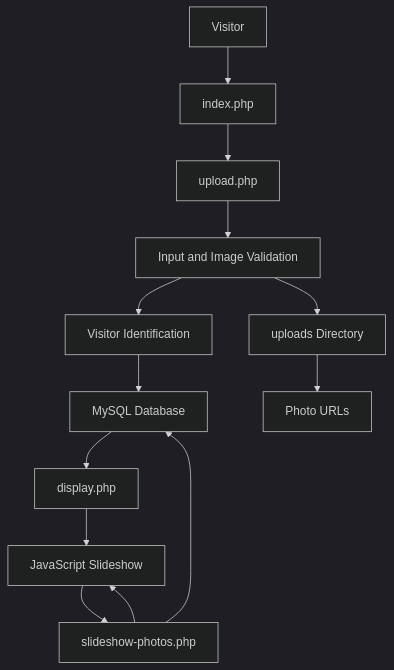
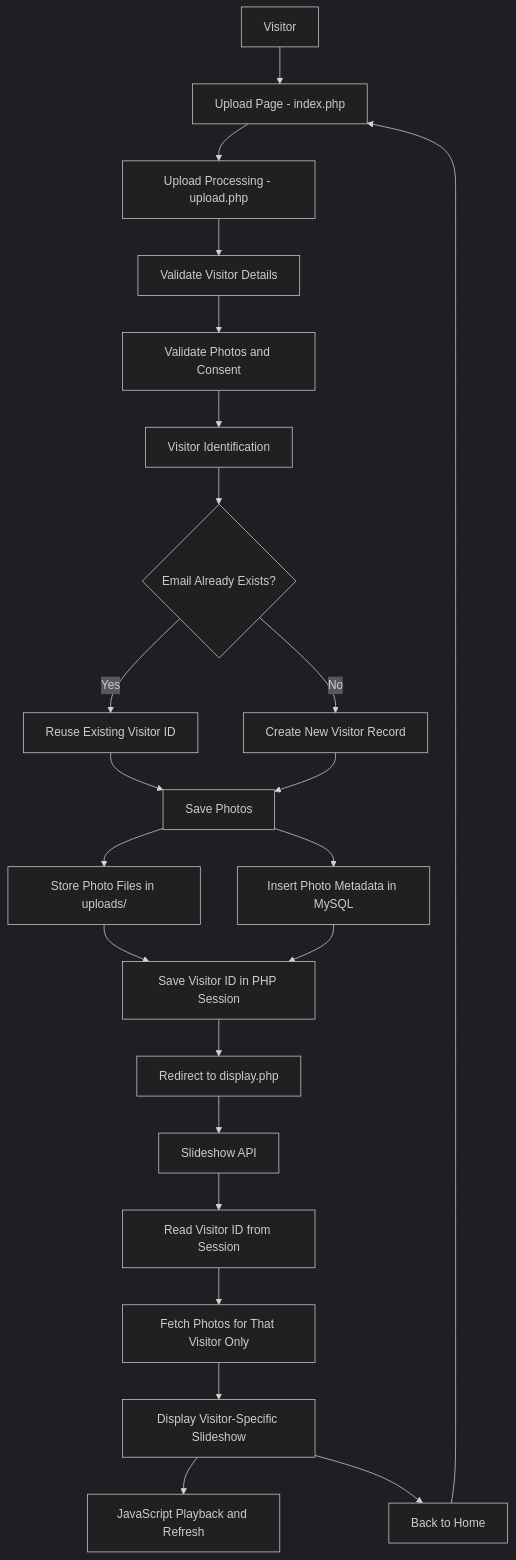
The first of 2 diagrams in ARCHITECTURE.md (pareshmunjani/visitor-photo-slideshow), drawn with Mermaid (dark theme) before and after one commit. The commit also changed other lines of this file and 4 other files, not shown here.

````diff
--- a/ARCHITECTURE.md
+++ b/ARCHITECTURE.md
@@ -58,15 +41,34 @@
 ```mermaid
 flowchart TD
-    A[Visitor] --> B[index.php]
-    B --> C[upload.php]
-    C --> D[Input and Image Validation]
-    D --> E[Visitor Identification]
-    E --> F[MySQL Database]
-    D --> G[uploads Directory]
-    F --> H[display.php]
-    G --> I[Photo URLs]
-    H --> J[JavaScript Slideshow]
-    J --> K[slideshow-photos.php]
-    K --> F
-    K --> J
+    A[Visitor] --> B[Upload Page - index.php]
+    B --> C[Upload Processing - upload.php]
+
+    C --> D[Validate Visitor Details]
+    D --> E[Validate Photos and Consent]
+
+    E --> F[Visitor Identification]
+    F --> G{Email Already Exists?}
+
+    G -->|Yes| H[Reuse Existing Visitor ID]
+    G -->|No| I[Create New Visitor Record]
+
+    H --> J[Save Photos]
+    I --> J
+
+    J --> K[Store Photo Files in uploads/]
+    J --> L[Insert Photo Metadata in MySQL]
+
+    K --> M[Save Visitor ID in PHP Session]
+    L --> M
+
+    M --> N[Redirect to display.php]
+
+    N --> O[Slideshow API]
+    O --> P[Read Visitor ID from Session]
+    P --> Q[Fetch Photos for That Visitor Only]
+
+    Q --> R[Display Visitor-Specific Slideshow]
+    R --> S[JavaScript Playback and Refresh]
+    R --> T[Back to Home]
+    T --> B
 ```
````
